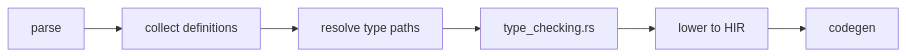
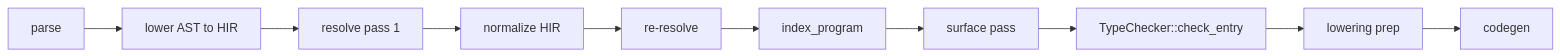
The diagram in site/website/src/content/docs/platform-spec/language-meta/type-system/types/flow-and-algorithm.mdx (Cyber-Nomad-Collective/beskid), drawn with Mermaid before and after one commit. The commit also changed other lines of this file and 5 other files, not shown here.

````diff
--- a/site/website/src/content/docs/platform-spec/language-meta/type-system/types/flow-and-algorithm.mdx
+++ b/site/website/src/content/docs/platform-spec/language-meta/type-system/types/flow-and-algorithm.mdx
@@ -32,10 +34,14 @@
 ```mermaid
 flowchart LR
     parse[parse]
-    collect[collect definitions]
-    resolve[resolve type paths]
-    check[type_checking.rs]
-    lower[lower to HIR]
+    lower[lower AST to HIR]
+    resolve1[resolve pass 1]
+    normalize[normalize HIR]
+    resolve2[re-resolve]
+    index[index_program]
+    surface[surface pass]
+    check[TypeChecker::check_entry]
+    prep[lowering prep]
     codegen[codegen]
-    parse --> collect --> resolve --> check --> lower --> codegen
+    parse --> lower --> resolve1 --> normalize --> resolve2 --> index --> surface --> check --> prep --> codegen
 ```
````
